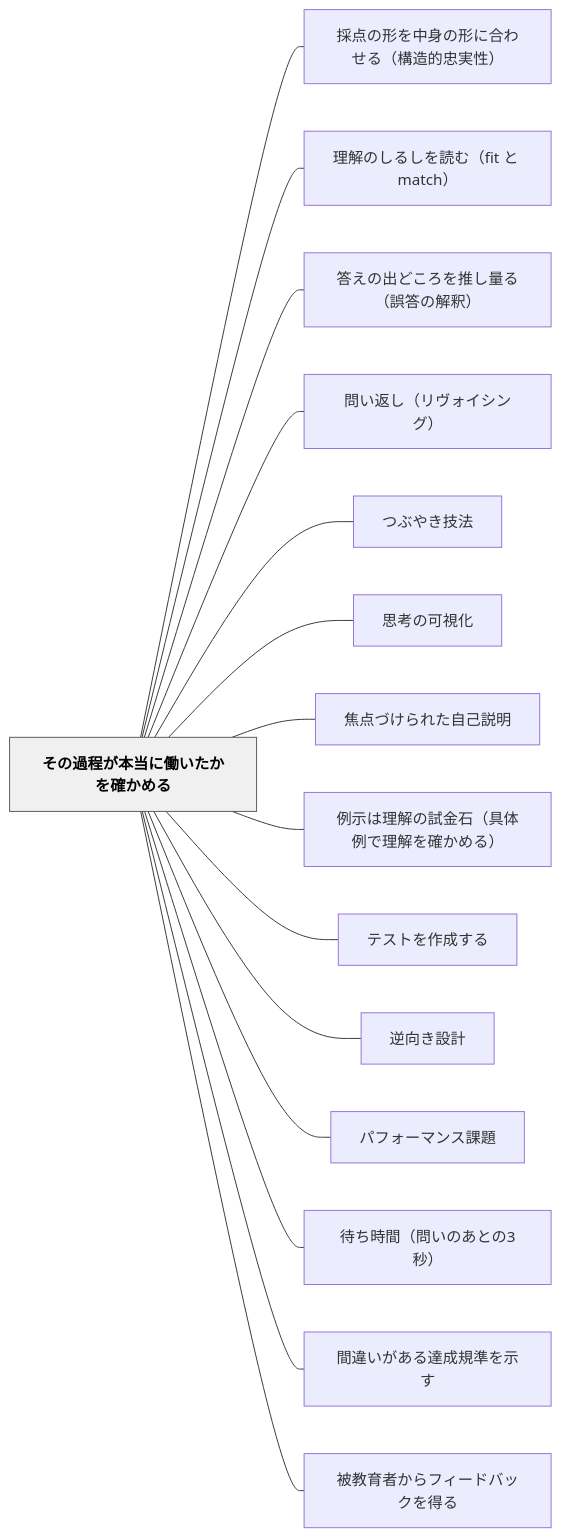
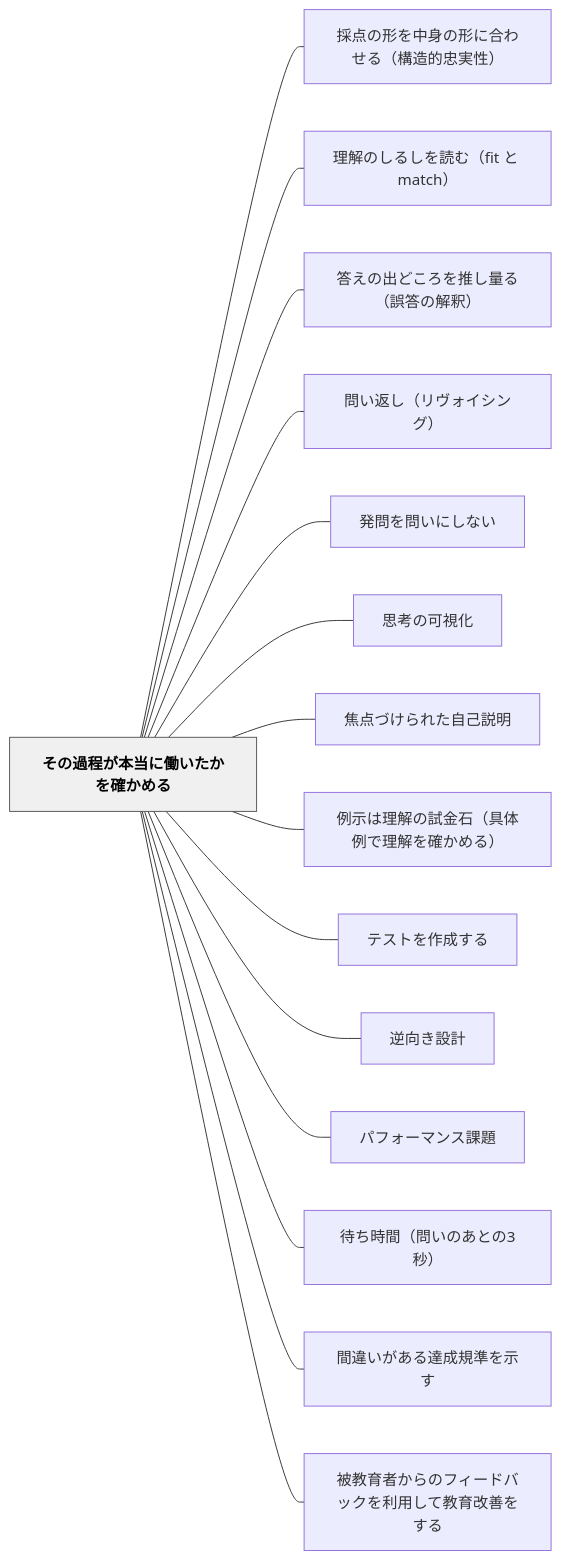
One commit to unknownthings-ed-patterns/unknownthings-ed-patterns changed the diagram in content/パタン/その過程が本当に働いたかを確かめる.md. Above: the diagram before and after it, drawn with Mermaid. The commit also changed other lines of this file and 32 other files, not shown here.

````diff
--- a/content/パタン/その過程が本当に働いたかを確かめる.md
+++ b/content/パタン/その過程が本当に働いたかを確かめる.md
@@ -298,36 +298,36 @@
 ```mermaid
 flowchart LR
     ne3819de381aee9818ee7a88be3818ce69cace5bd93e381abe5838de38184e3819fe3818be38292e7a2bae3818be38281e3828b["その過程が本当に働いたかを確かめる"]
     ne68ea1e782b9e381aee5bda2e38292e4b8ade8baabe381aee5bda2e381abe59088e3828fe3819be3828befbc88e6a78be980a0e79a84e5bfa0e5ae9fe680a7efbc89["採点の形を中身の形に合わせる（構造的忠実性）"]
     ne79086e8a7a3e381aee38197e3828be38197e38292e8aaade38280efbc8866697420e381a8206d61746368efbc89["理解のしるしを読む（fit と match）"]
     ne7ad94e38188e381aee587bae381a9e38193e3828de38292e68ea8e38197e9878fe3828befbc88e8aaa4e7ad94e381aee8a7a3e98788efbc89["答えの出どころを推し量る（誤答の解釈）"]
     ne5958fe38184e8bf94e38197efbc88e383aae383b4e382a9e382a4e382b7e383b3e382b0efbc89["問い返し（リヴォイシング）"]
-    ne381a4e381b6e38284e3818de68a80e6b395["つぶやき技法"]
+    ne799bae5958fe38292e5958fe38184e381abe38197e381aae38184["発問を問いにしない"]
     ne6809de88083e381aee58fafe8a696e58c96["思考の可視化"]
     ne784a6e782b9e381a5e38191e38289e3828ce3819fe887aae5b7b1e8aaace6988e["焦点づけられた自己説明"]
     ne4be8be7a4bae381afe79086e8a7a3e381aee8a9a6e98791e79fb3efbc88e585b7e4bd93e4be8be381a7e79086e8a7a3e38292e7a2bae3818be38281e3828befbc89["例示は理解の試金石（具体例で理解を確かめる）"]
     ne38386e382b9e38388e38292e4bd9ce68890e38199e3828b["テストを作成する"]
     ne98086e59091e3818de8a8ade8a888["逆向き設計"]
     ne38391e38395e382a9e383bce3839ee383b3e382b9e8aab2e9a18c["パフォーマンス課題"]
     ne5be85e381a1e69982e99693efbc88e5958fe38184e381aee38182e381a8e381ae33e7a792efbc89["待ち時間（問いのあとの3秒）"]
     ne99693e98195e38184e3818ce38182e3828be98194e68890e8a68fe6ba96e38292e7a4bae38199["間違いがある達成規準を示す"]
-    ne8a2abe69599e882b2e88085e3818be38289e38395e382a3e383bce38389e38390e38383e382afe38292e5be97e3828b["被教育者からフィードバックを得る"]
+    ne8a2abe69599e882b2e88085e3818be38289e381aee38395e382a3e383bce38389e38390e38383e382afe38292e588a9e794a8e38197e381a6e69599e882b2e694b9e59684e38292e38199e3828b["被教育者からのフィードバックを利用して教育改善をする"]
 
     ne3819de381aee9818ee7a88be3818ce69cace5bd93e381abe5838de38184e3819fe3818be38292e7a2bae3818be38281e3828b --- ne68ea1e782b9e381aee5bda2e38292e4b8ade8baabe381aee5bda2e381abe59088e3828fe3819be3828befbc88e6a78be980a0e79a84e5bfa0e5ae9fe680a7efbc89
     ne3819de381aee9818ee7a88be3818ce69cace5bd93e381abe5838de38184e3819fe3818be38292e7a2bae3818be38281e3828b --- ne79086e8a7a3e381aee38197e3828be38197e38292e8aaade38280efbc8866697420e381a8206d61746368efbc89
     ne3819de381aee9818ee7a88be3818ce69cace5bd93e381abe5838de38184e3819fe3818be38292e7a2bae3818be38281e3828b --- ne7ad94e38188e381aee587bae381a9e38193e3828de38292e68ea8e38197e9878fe3828befbc88e8aaa4e7ad94e381aee8a7a3e98788efbc89
     ne3819de381aee9818ee7a88be3818ce69cace5bd93e381abe5838de38184e3819fe3818be38292e7a2bae3818be38281e3828b --- ne5958fe38184e8bf94e38197efbc88e383aae383b4e382a9e382a4e382b7e383b3e382b0efbc89
-    ne3819de381aee9818ee7a88be3818ce69cace5bd93e381abe5838de38184e3819fe3818be38292e7a2bae3818be38281e3828b --- ne381a4e381b6e38284e3818de68a80e6b395
+    ne3819de381aee9818ee7a88be3818ce69cace5bd93e381abe5838de38184e3819fe3818be38292e7a2bae3818be38281e3828b --- ne799bae5958fe38292e5958fe38184e381abe38197e381aae38184
     ne3819de381aee9818ee7a88be3818ce69cace5bd93e381abe5838de38184e3819fe3818be38292e7a2bae3818be38281e3828b --- ne6809de88083e381aee58fafe8a696e58c96
     ne3819de381aee9818ee7a88be3818ce69cace5bd93e381abe5838de38184e3819fe3818be38292e7a2bae3818be38281e3828b --- ne784a6e782b9e381a5e38191e38289e3828ce3819fe887aae5b7b1e8aaace6988e
     ne3819de381aee9818ee7a88be3818ce69cace5bd93e381abe5838de38184e3819fe3818be38292e7a2bae3818be38281e3828b --- ne4be8be7a4bae381afe79086e8a7a3e381aee8a9a6e98791e79fb3efbc88e585b7e4bd93e4be8be381a7e79086e8a7a3e38292e7a2bae3818be38281e3828befbc89
     ne3819de381aee9818ee7a88be3818ce69cace5bd93e381abe5838de38184e3819fe3818be38292e7a2bae3818be38281e3828b --- ne38386e382b9e38388e38292e4bd9ce68890e38199e3828b
     ne3819de381aee9818ee7a88be3818ce69cace5bd93e381abe5838de38184e3819fe3818be38292e7a2bae3818be38281e3828b --- ne98086e59091e3818de8a8ade8a888
     ne3819de381aee9818ee7a88be3818ce69cace5bd93e381abe5838de38184e3819fe3818be38292e7a2bae3818be38281e3828b --- ne38391e38395e382a9e383bce3839ee383b3e382b9e8aab2e9a18c
     ne3819de381aee9818ee7a88be3818ce69cace5bd93e381abe5838de38184e3819fe3818be38292e7a2bae3818be38281e3828b --- ne5be85e381a1e69982e99693efbc88e5958fe38184e381aee38182e381a8e381ae33e7a792efbc89
     ne3819de381aee9818ee7a88be3818ce69cace5bd93e381abe5838de38184e3819fe3818be38292e7a2bae3818be38281e3828b --- ne99693e98195e38184e3818ce38182e3828be98194e68890e8a68fe6ba96e38292e7a4bae38199
-    ne3819de381aee9818ee7a88be3818ce69cace5bd93e381abe5838de38184e3819fe3818be38292e7a2bae3818be38281e3828b --- ne8a2abe69599e882b2e88085e3818be38289e38395e382a3e383bce38389e38390e38383e382afe38292e5be97e3828b
+    ne3819de381aee9818ee7a88be3818ce69cace5bd93e381abe5838de38184e3819fe3818be38292e7a2bae3818be38281e3828b --- ne8a2abe69599e882b2e88085e3818be38289e381aee38395e382a3e383bce38389e38390e38383e382afe38292e588a9e794a8e38197e381a6e69599e882b2e694b9e59684e38292e38199e3828b
 
     classDef hub fill:#f0f0f0,stroke:#555,color:#000,font-weight:bold
     class ne3819de381aee9818ee7a88be3818ce69cace5bd93e381abe5838de38184e3819fe3818be38292e7a2bae3818be38281e3828b hub
 ```
````
